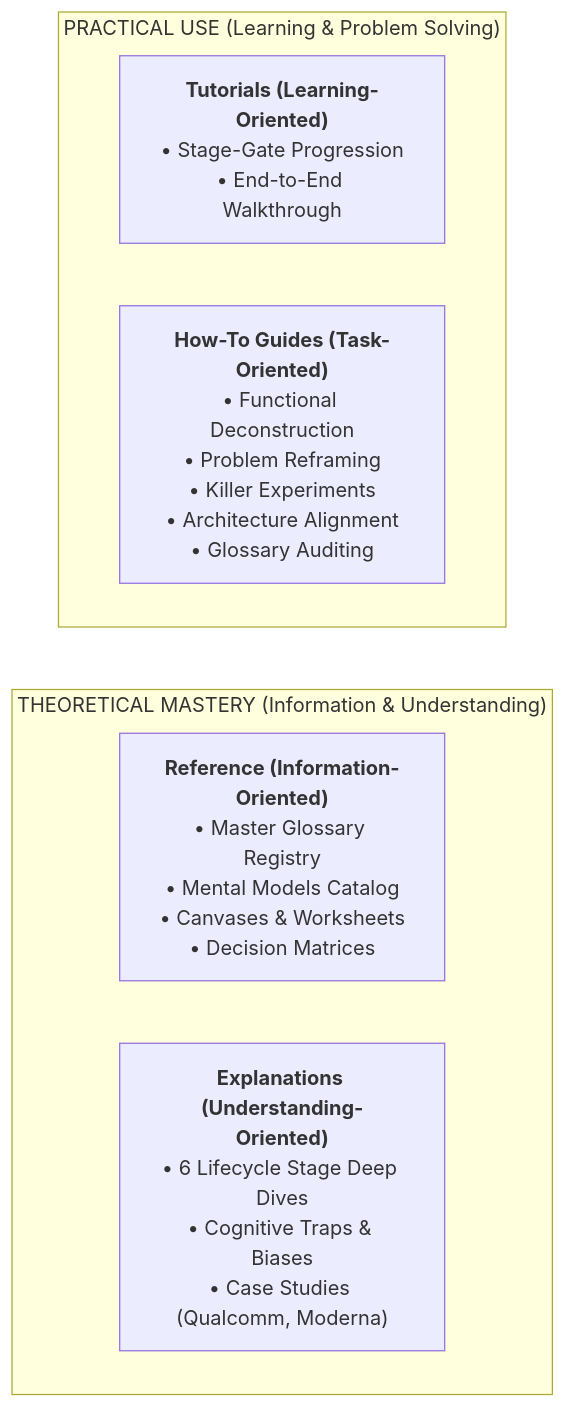
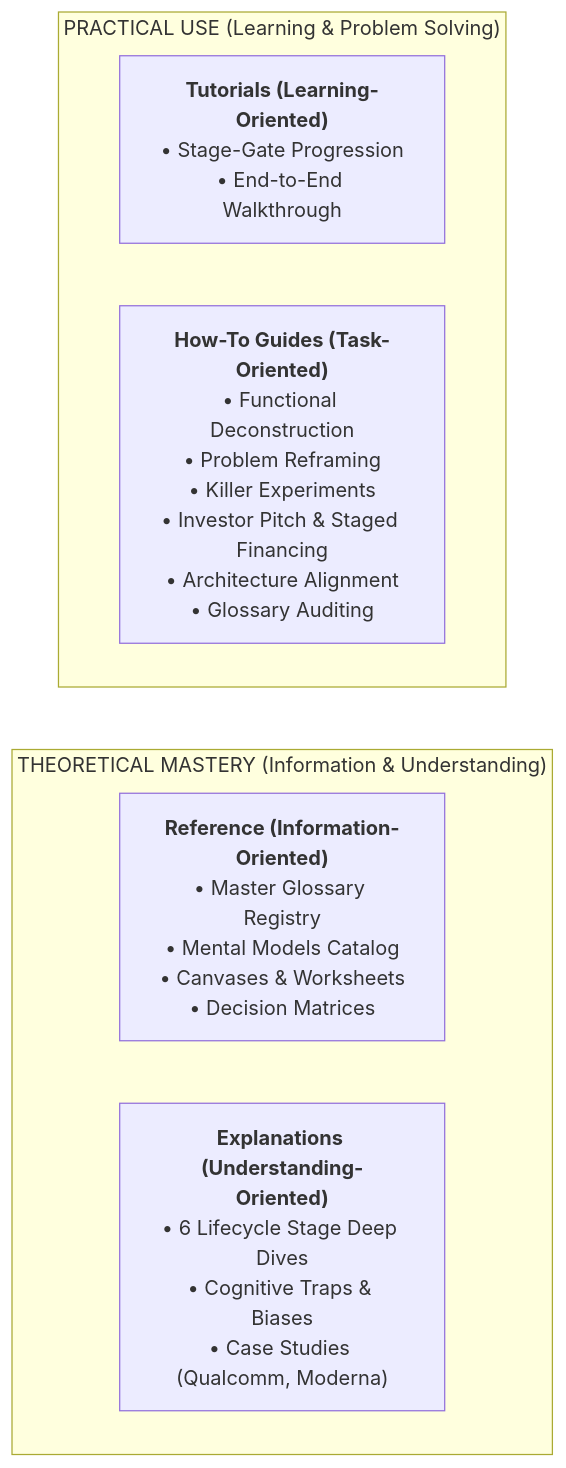
The first of 2 diagrams in README.md (nghuyenthevinh2000/innovation-research), drawn with Mermaid before and after one commit. The commit also changed other lines of this file and 20 other files, not shown here.

````diff
--- a/README.md
+++ b/README.md
@@ -24,16 +24,16 @@
 ```mermaid
 flowchart TD
     subgraph Learning["PRACTICAL USE (Learning & Problem Solving)"]
         direction LR
         Tut["<b>Tutorials (Learning-Oriented)</b><br/>• Stage-Gate Progression<br/>• End-to-End Walkthrough"]
-        How["<b>How-To Guides (Task-Oriented)</b><br/>• Functional Deconstruction<br/>• Problem Reframing<br/>• Killer Experiments<br/>• Architecture Alignment<br/>• Glossary Auditing"]
+        How["<b>How-To Guides (Task-Oriented)</b><br/>• Functional Deconstruction<br/>• Problem Reframing<br/>• Killer Experiments<br/>• Investor Pitch & Staged Financing<br/>• Architecture Alignment<br/>• Glossary Auditing"]
     end
 
     subgraph Theoretical["THEORETICAL MASTERY (Information & Understanding)"]
         direction LR
         Ref["<b>Reference (Information-Oriented)</b><br/>• Master Glossary Registry<br/>• Mental Models Catalog<br/>• Canvases & Worksheets<br/>• Decision Matrices"]
         Exp["<b>Explanations (Understanding-Oriented)</b><br/>• 6 Lifecycle Stage Deep Dives<br/>• Cognitive Traps & Biases<br/>• Case Studies (Qualcomm, Moderna)"]
     end
 
     Learning ~~~ Theoretical
 ```
````
